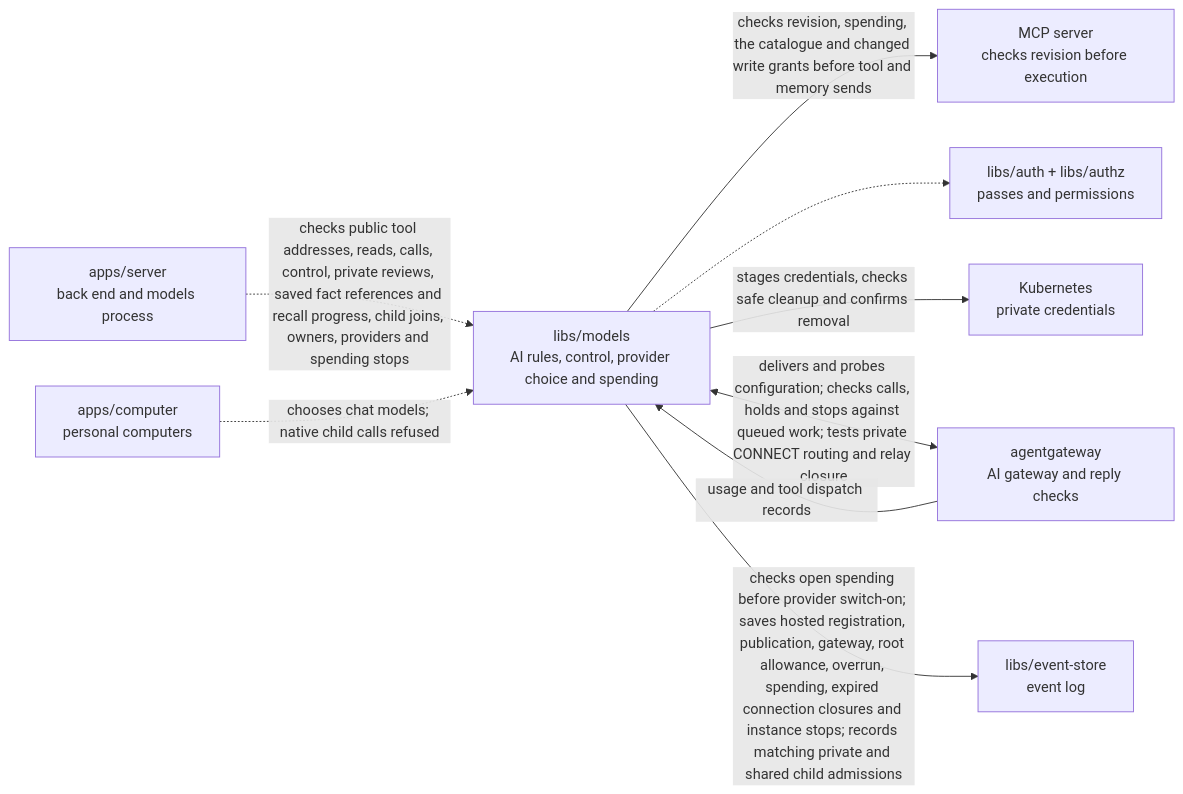
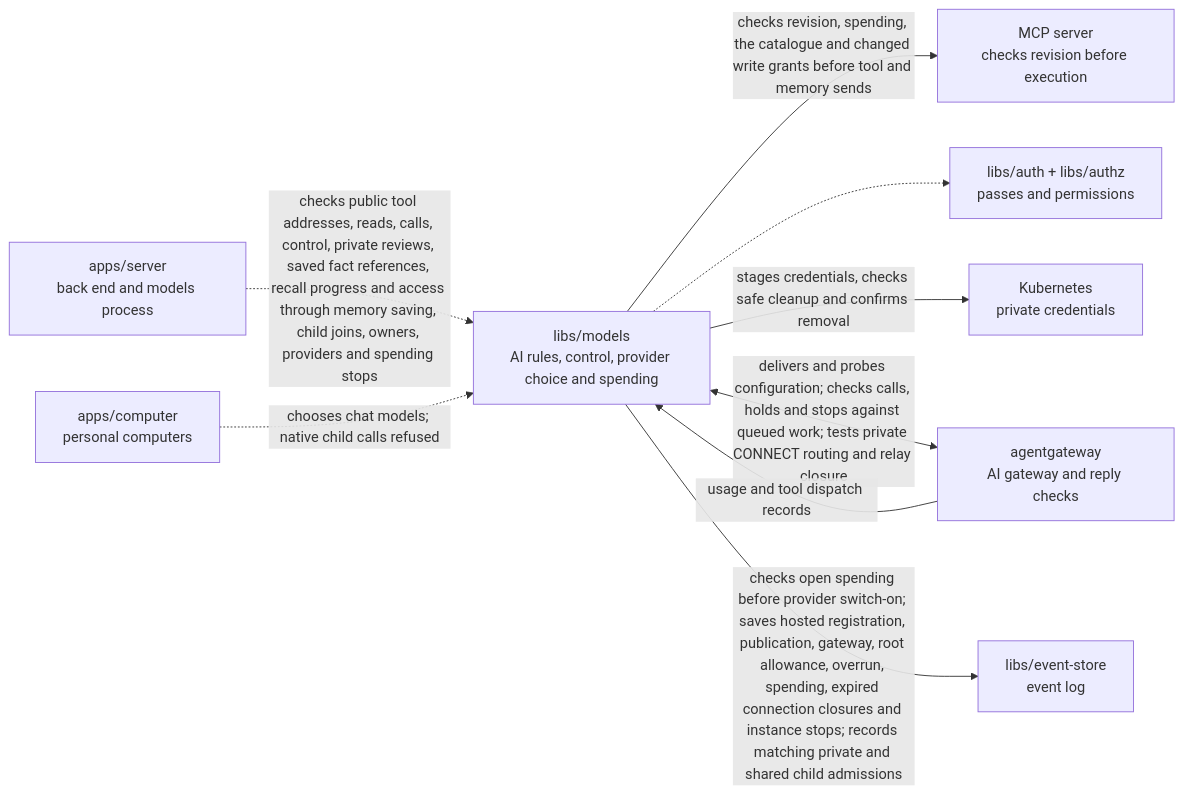
One commit to elewa-git/opencrane-new changed the diagram in libs/models/README.md. Above: the diagram before and after it, drawn with Mermaid. The commit also changed other lines of this file and 13 other files, not shown here.

Commit message:
🔒 Bind memory access checks to the conditional store append

````diff
--- a/libs/models/README.md
+++ b/libs/models/README.md
@@ -14,11 +14,11 @@
 ```mermaid
 flowchart LR
-  server["apps/server<br/>back end and models process"] -.->|checks public tool addresses, reads, calls, control, private reviews, saved fact references and recall progress, child joins, owners, providers and spending stops| models["libs/models<br/>AI rules, control, provider choice and spending"]
+  server["apps/server<br/>back end and models process"] -.->|checks public tool addresses, reads, calls, control, private reviews, saved fact references, recall progress and access through memory saving, child joins, owners, providers and spending stops| models["libs/models<br/>AI rules, control, provider choice and spending"]
   models -->|checks revision, spending, the catalogue and changed write grants before tool and memory sends| mcp["MCP server<br/>checks revision before execution"]
   computer["apps/computer<br/>personal computers"] -.->|chooses chat models; native child calls refused| models
   models -.-> auth["libs/auth + libs/authz<br/>passes and permissions"]
   models -->|stages credentials, checks safe cleanup and confirms removal| custody["Kubernetes<br/>private credentials"]
   models <-->|delivers and probes configuration; checks calls, holds and stops against queued work; tests private CONNECT routing and relay closure| gateway["agentgateway<br/>AI gateway and reply checks"]
   gateway -->|usage and tool dispatch records| models
   models -->|checks open spending before provider switch-on; saves hosted registration, publication, gateway, root allowance, overrun, spending, expired connection closures and instance stops; records matching private and shared child admissions| store["libs/event-store<br/>event log"]
 ```
````
